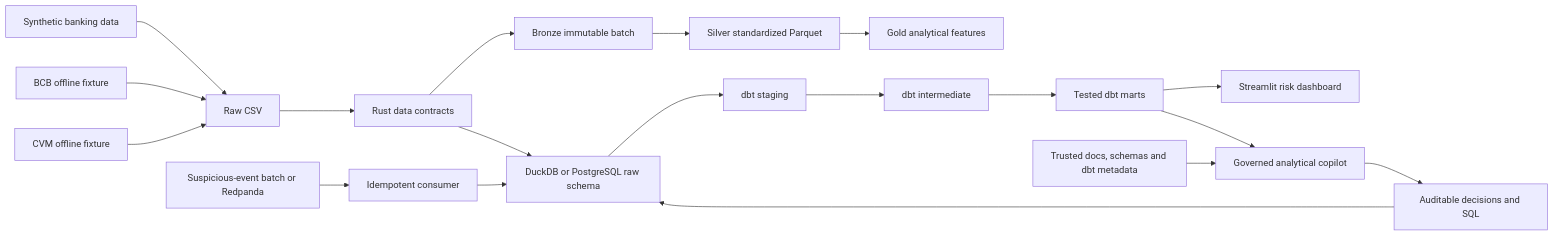
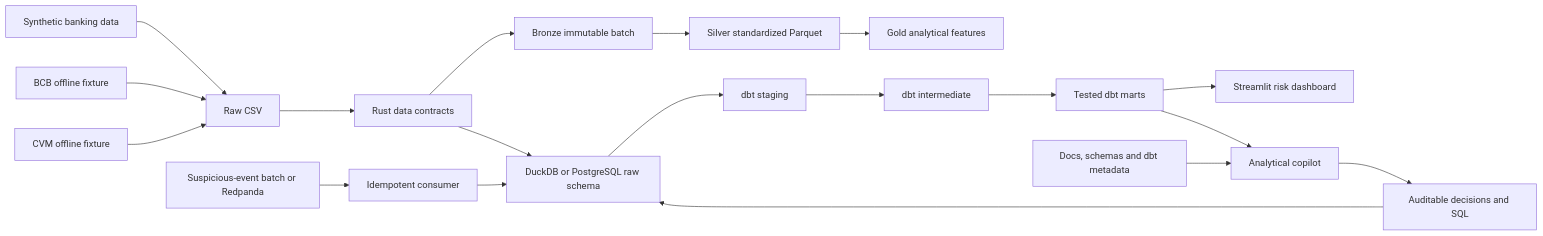
The diagram in docs/architecture_mermaid.md (DanielBBrasileiro/finbank-risk-lakehouse), drawn with Mermaid before and after one commit. The commit also changed other lines of this file and 7 other files, not shown here.

````diff
--- a/docs/architecture_mermaid.md
+++ b/docs/architecture_mermaid.md
@@ -30,21 +5,21 @@
 ```mermaid
 flowchart LR
     S["Synthetic banking data"] --> R["Raw CSV"]
     B["BCB offline fixture"] --> R
     C["CVM offline fixture"] --> R
     R --> V["Rust data contracts"]
     V --> BR["Bronze immutable batch"]
     BR --> SI["Silver standardized Parquet"]
     SI --> GO["Gold analytical features"]
     V --> W["DuckDB or PostgreSQL raw schema"]
     W --> ST["dbt staging"]
     ST --> IN["dbt intermediate"]
     IN --> MA["Tested dbt marts"]
     MA --> DA["Streamlit risk dashboard"]
-    MA --> AI["Governed analytical copilot"]
+    MA --> AI["Analytical copilot"]
     E["Suspicious-event batch or Redpanda"] --> CO["Idempotent consumer"]
     CO --> W
-    D["Trusted docs, schemas and dbt metadata"] --> AI
+    D["Docs, schemas and dbt metadata"] --> AI
     AI --> AU["Auditable decisions and SQL"]
     AU --> W
 ```
````
